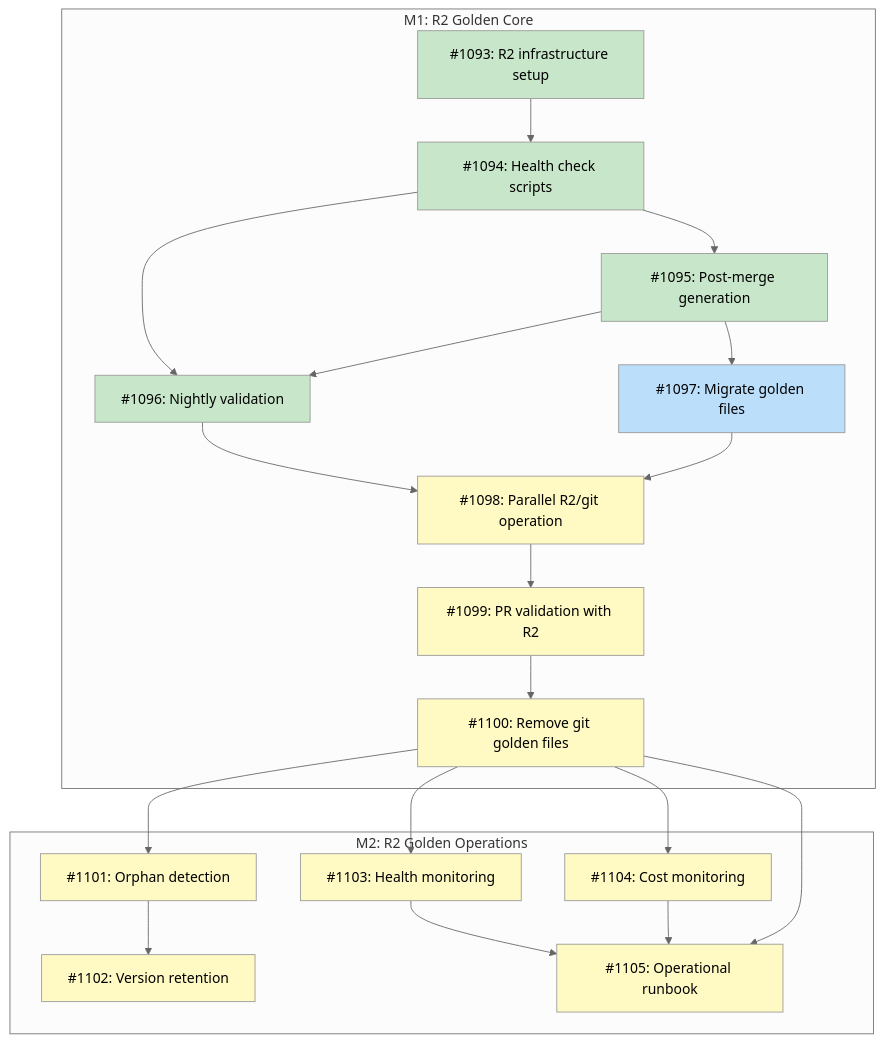
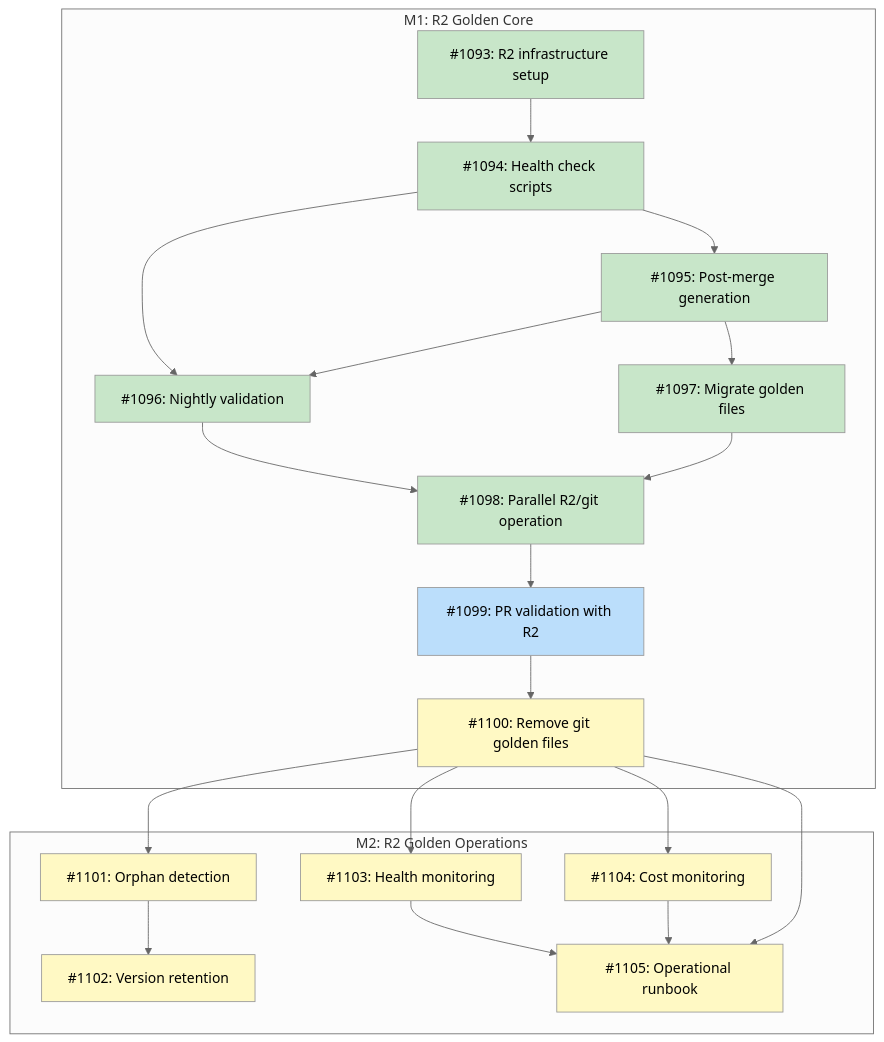
The diagram in docs/designs/DESIGN-r2-golden-storage.md (tsukumogami/tsuku), drawn with Mermaid (neutral theme) before and after one commit. The commit also changed 3 other files, not shown here.

````diff
--- a/docs/designs/DESIGN-r2-golden-storage.md
+++ b/docs/designs/DESIGN-r2-golden-storage.md
@@ -41,48 +41,48 @@
 ```mermaid
 graph TD
     subgraph M1["M1: R2 Golden Core"]
         I1093["#1093: R2 infrastructure setup"]
         I1094["#1094: Health check scripts"]
         I1095["#1095: Post-merge generation"]
         I1096["#1096: Nightly validation"]
         I1097["#1097: Migrate golden files"]
         I1098["#1098: Parallel R2/git operation"]
         I1099["#1099: PR validation with R2"]
         I1100["#1100: Remove git golden files"]
     end
 
     subgraph M2["M2: R2 Golden Operations"]
         I1101["#1101: Orphan detection"]
         I1102["#1102: Version retention"]
         I1103["#1103: Health monitoring"]
         I1104["#1104: Cost monitoring"]
         I1105["#1105: Operational runbook"]
     end
 
     I1093 --> I1094
     I1094 --> I1095
     I1094 --> I1096
     I1095 --> I1096
     I1095 --> I1097
     I1096 --> I1098
     I1097 --> I1098
     I1098 --> I1099
     I1099 --> I1100
     I1100 --> I1101
     I1101 --> I1102
     I1100 --> I1103
     I1100 --> I1104
     I1103 --> I1105
     I1104 --> I1105
     I1100 --> I1105
 
     classDef done fill:#c8e6c9
     classDef ready fill:#bbdefb
     classDef blocked fill:#fff9c4
     classDef needsDesign fill:#e1bee7
 
-    class I1093,I1094,I1095,I1096 done
-    class I1097 ready
-    class I1098,I1099,I1100 blocked
+    class I1093,I1094,I1095,I1096,I1097,I1098 done
+    class I1099 ready
+    class I1100 blocked
     class I1101,I1102,I1103,I1104,I1105 blocked
 ```
````
